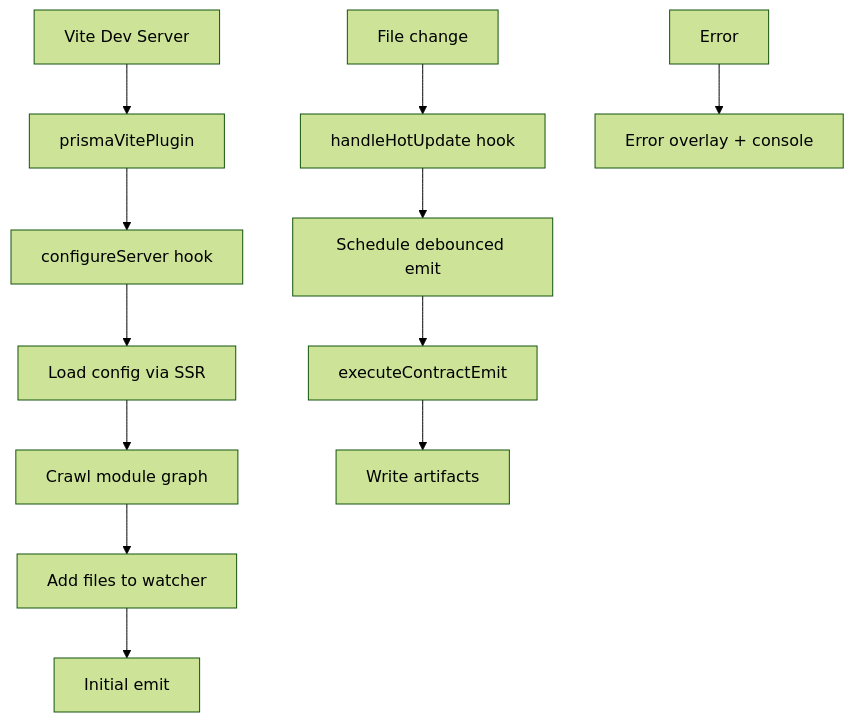
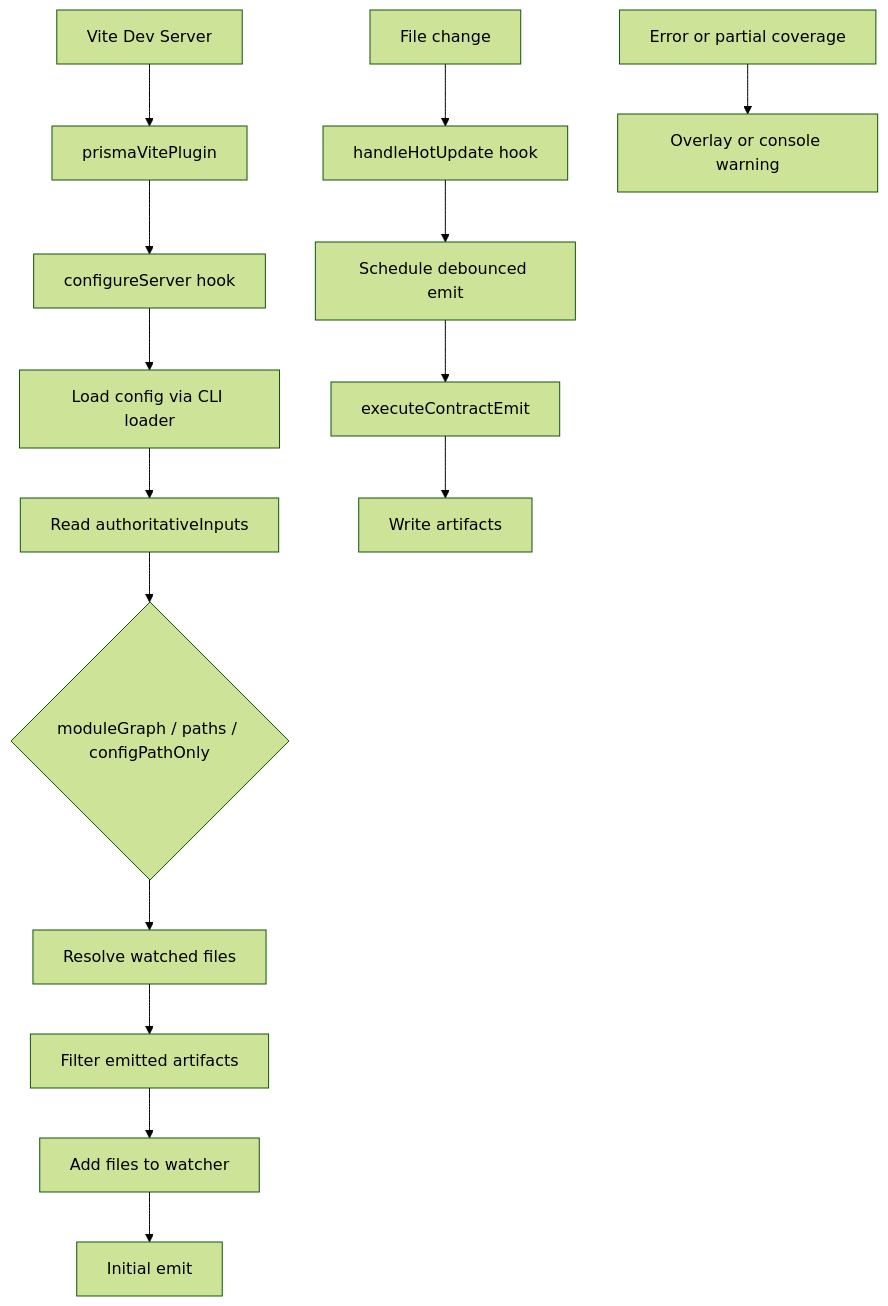
Before and after one commit to prisma/prisma-next: the diagram in packages/1-framework/3-tooling/vite-plugin-contract-emit/README.md, drawn with Mermaid (forest theme). The commit also changed other lines of this file and 4 other files, not shown here.

Commit message:
refactor(vite): resolve authoritative watch inputs in plugin

````diff
--- a/packages/1-framework/3-tooling/vite-plugin-contract-emit/README.md
+++ b/packages/1-framework/3-tooling/vite-plugin-contract-emit/README.md
@@ -71,16 +76,19 @@
 ```mermaid
 graph TD
     A[Vite Dev Server] --> B[prismaVitePlugin]
     B --> C[configureServer hook]
-    C --> D[Load config via SSR]
-    D --> E[Crawl module graph]
-    E --> F[Add files to watcher]
-    F --> G[Initial emit]
+    C --> D[Load config via CLI loader]
+    D --> E[Read authoritativeInputs]
+    E --> F{moduleGraph / paths / configPathOnly}
+    F --> G[Resolve watched files]
+    G --> H[Filter emitted artifacts]
+    H --> I[Add files to watcher]
+    I --> J[Initial emit]
     
-    H[File change] --> I[handleHotUpdate hook]
-    I --> J[Schedule debounced emit]
-    J --> K[executeContractEmit]
-    K --> L[Write artifacts]
+    K[File change] --> L[handleHotUpdate hook]
+    L --> M[Schedule debounced emit]
+    M --> N[executeContractEmit]
+    N --> O[Write artifacts]
     
-    M[Error] --> N[Error overlay + console]
+    P[Error or partial coverage] --> Q[Overlay or console warning]
 ```
````
